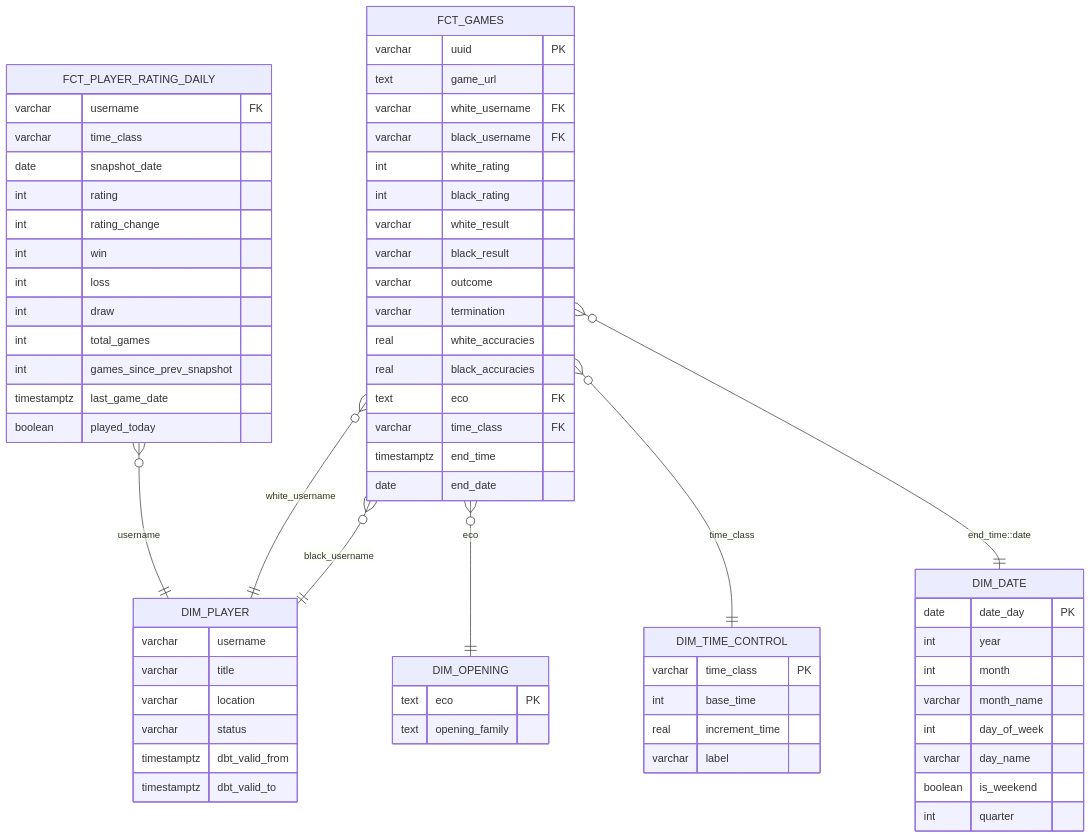
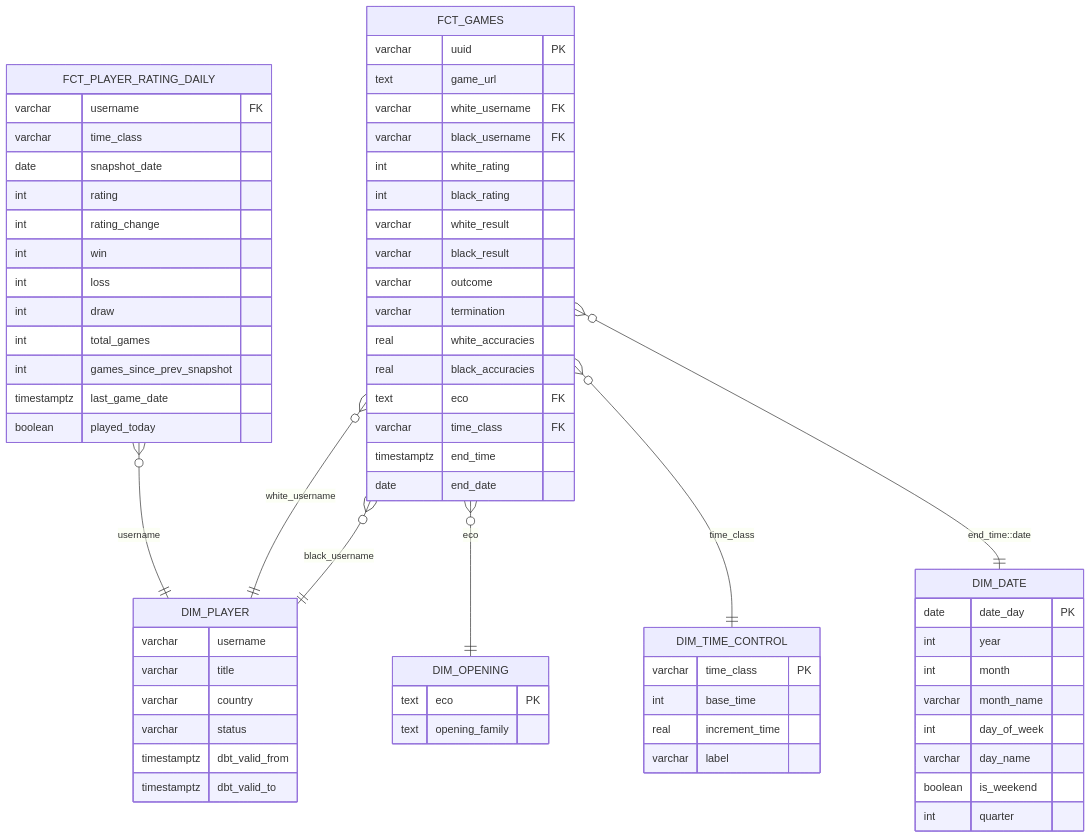
The diagram in docs/star_schema.md (Stenzyz/chess-elt-pipeline), drawn with Mermaid before and after one commit. The commit also changed other lines of this file and 2 other files, not shown here.

Commit message:
Fix stale docs

````diff
--- a/docs/star_schema.md
+++ b/docs/star_schema.md
@@ -10,75 +10,75 @@
 ```mermaid
 erDiagram
     FCT_GAMES }o--|| DIM_PLAYER : "white_username"
     FCT_GAMES }o--|| DIM_PLAYER : "black_username"
     FCT_GAMES }o--|| DIM_OPENING : "eco"
     FCT_GAMES }o--|| DIM_TIME_CONTROL : "time_class"
     FCT_GAMES }o--|| DIM_DATE : "end_time::date"
     FCT_PLAYER_RATING_DAILY }o--|| DIM_PLAYER : "username"
 
     FCT_GAMES {
         varchar uuid PK
         text game_url
         varchar white_username FK
         varchar black_username FK
         int white_rating
         int black_rating
         varchar white_result
         varchar black_result
         varchar outcome
         varchar termination
         real white_accuracies
         real black_accuracies
         text eco FK
         varchar time_class FK
         timestamptz end_time
         date end_date
     }
 
     FCT_PLAYER_RATING_DAILY {
         varchar username FK
         varchar time_class
         date snapshot_date
         int rating
         int rating_change
         int win
         int loss
         int draw
         int total_games
         int games_since_prev_snapshot
         timestamptz last_game_date
         boolean played_today
     }
 
     DIM_TIME_CONTROL {
         varchar time_class PK
         int base_time
         real increment_time
         varchar label
     }
 
     DIM_PLAYER {
         varchar username
         varchar title
-        varchar location
+        varchar country
         varchar status
         timestamptz dbt_valid_from
         timestamptz dbt_valid_to
     }
 
     DIM_OPENING {
         text eco PK
         text opening_family
     }
 
     DIM_DATE {
         date date_day PK
         int year
         int month
         varchar month_name
         int day_of_week
         varchar day_name
         boolean is_weekend
         int quarter
     }
 ```
````
